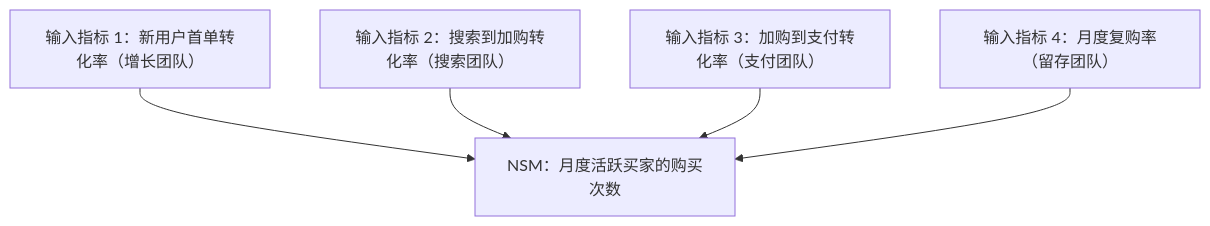
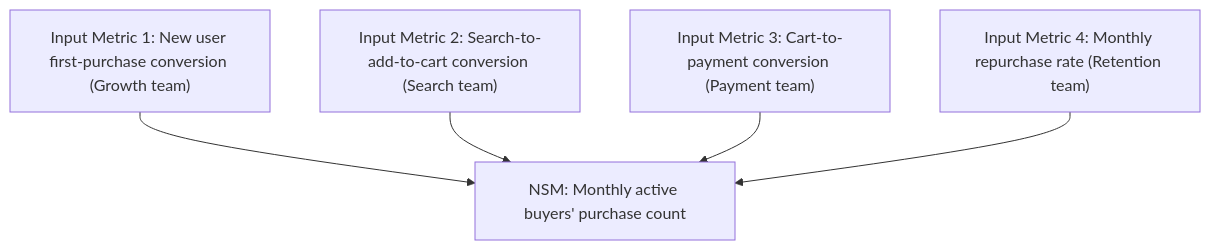
The second of 2 diagrams in references/product-growth/north-star.md (Kirky-X/kueiku), drawn with Mermaid before and after one commit. The commit also changed other lines of this file and 126 other files, not shown here.

````diff
--- a/references/product-growth/north-star.md
+++ b/references/product-growth/north-star.md
@@ -67,8 +67,8 @@
 ```mermaid
 flowchart TD
-    NSM["NSM：月度活跃买家的购买次数"]
-    I1["输入指标 1：新用户首单转化率（增长团队）"] --> NSM
-    I2["输入指标 2：搜索到加购转化率（搜索团队）"] --> NSM
-    I3["输入指标 3：加购到支付转化率（支付团队）"] --> NSM
-    I4["输入指标 4：月度复购率（留存团队）"] --> NSM
+    NSM["NSM: Monthly active buyers' purchase count"]
+    I1["Input Metric 1: New user first-purchase conversion (Growth team)"] --> NSM
+    I2["Input Metric 2: Search-to-add-to-cart conversion (Search team)"] --> NSM
+    I3["Input Metric 3: Cart-to-payment conversion (Payment team)"] --> NSM
+    I4["Input Metric 4: Monthly repurchase rate (Retention team)"] --> NSM
 ```
````
